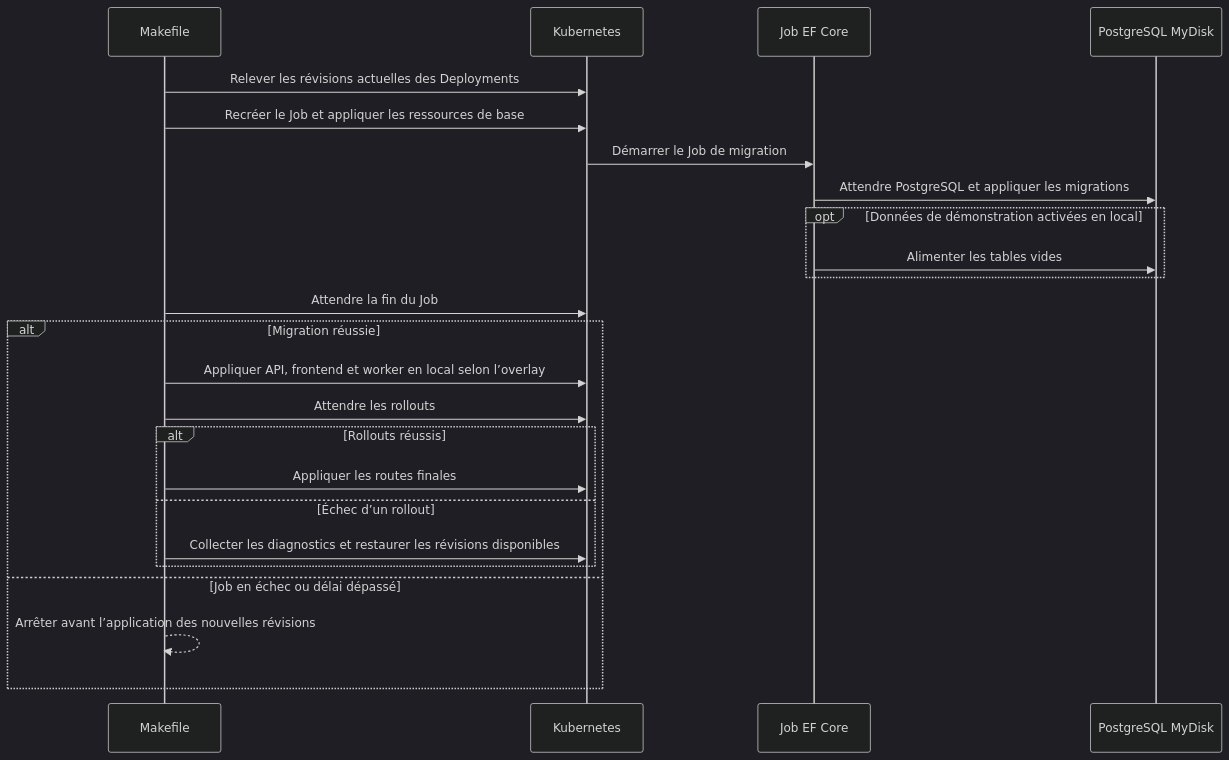
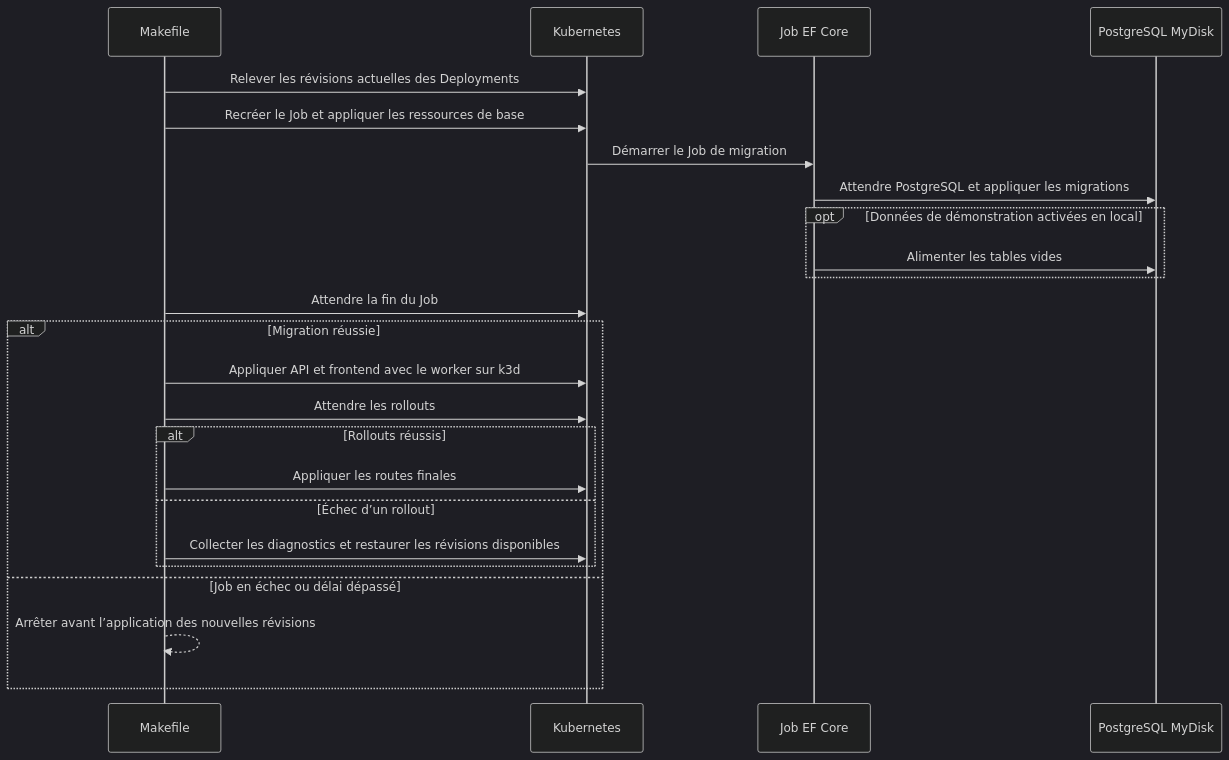
One commit to Fabian-Raeskinet/mydisk-api changed the fifth of 5 diagrams in docs/ARCHITECTURE.md. Above: the diagram before and after it, drawn with Mermaid (dark theme). The commit also changed other lines of this file and 2 other files, not shown here.

Commit message:
update architecture and usage documentation to include Grafana and clarify worker deployment on AKS

````diff
--- a/docs/ARCHITECTURE.md
+++ b/docs/ARCHITECTURE.md
@@ -153,26 +154,26 @@
 ```mermaid
 sequenceDiagram
     participant Make as Makefile
     participant K8s as Kubernetes
     participant Job as Job EF Core
     participant PG as PostgreSQL MyDisk
     Make->>K8s: Relever les révisions actuelles des Deployments
     Make->>K8s: Recréer le Job et appliquer les ressources de base
     K8s->>Job: Démarrer le Job de migration
     Job->>PG: Attendre PostgreSQL et appliquer les migrations
     opt Données de démonstration activées en local
         Job->>PG: Alimenter les tables vides
     end
     Make->>K8s: Attendre la fin du Job
     alt Migration réussie
-        Make->>K8s: Appliquer API, frontend et worker en local selon l’overlay
+        Make->>K8s: Appliquer API et frontend avec le worker sur k3d
         Make->>K8s: Attendre les rollouts
         alt Rollouts réussis
             Make->>K8s: Appliquer les routes finales
         else Échec d’un rollout
             Make->>K8s: Collecter les diagnostics et restaurer les révisions disponibles
         end
     else Job en échec ou délai dépassé
         Make-->>Make: Arrêter avant l’application des nouvelles révisions
     end
 ```
````
